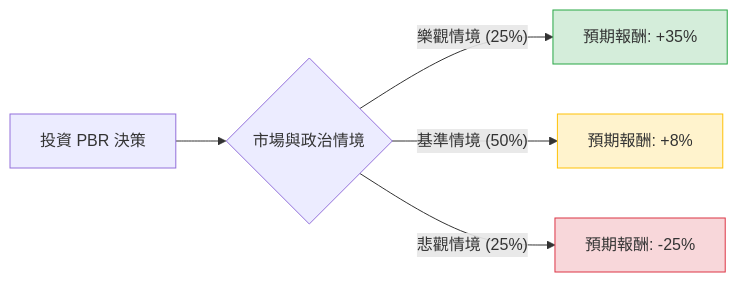
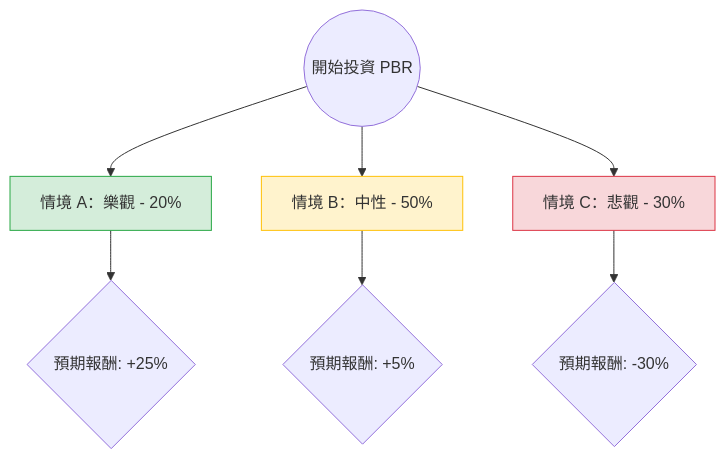
Before and after one commit to zmcx16/zmcx16.github.io: the diagram in plugin-react/ai-analysis/ev-analysis/PBR.md, drawn with Mermaid. The commit also changed other lines of this file and 81 other files, not shown here.

````diff
--- a/plugin-react/ai-analysis/ev-analysis/PBR.md
+++ b/plugin-react/ai-analysis/ev-analysis/PBR.md
@@ -19,12 +20,14 @@
 ```mermaid
-graph LR
-    A[投資 PBR 決策] --> B{市場與政治情境}
-    
-    B -- 樂觀情境 (25%) --> C[預期報酬: +35%]
-    B -- 基準情境 (50%) --> D[預期報酬: +8%]
-    B -- 悲觀情境 (25%) --> E[預期報酬: -25%]
+graph TD
+    Start((開始投資 PBR)) --> Bull[情境 A：樂觀 - 20%]
+    Start --> Base[情境 B：中性 - 50%]
+    Start --> Bear[情境 C：悲觀 - 30%]
 
-    style C fill:#d4edda,stroke:#28a745
-    style D fill:#fff3cd,stroke:#ffc107
-    style E fill:#f8d7da,stroke:#dc3545
+    Bull --> Bull_EV{預期報酬: +25%}
+    Base --> Base_EV{預期報酬: +5%}
+    Bear --> Bear_EV{預期報酬: -30%}
+
+    style Bull fill:#d4edda,stroke:#28a745
+    style Base fill:#fff3cd,stroke:#ffc107
+    style Bear fill:#f8d7da,stroke:#dc3545
 ```
````
